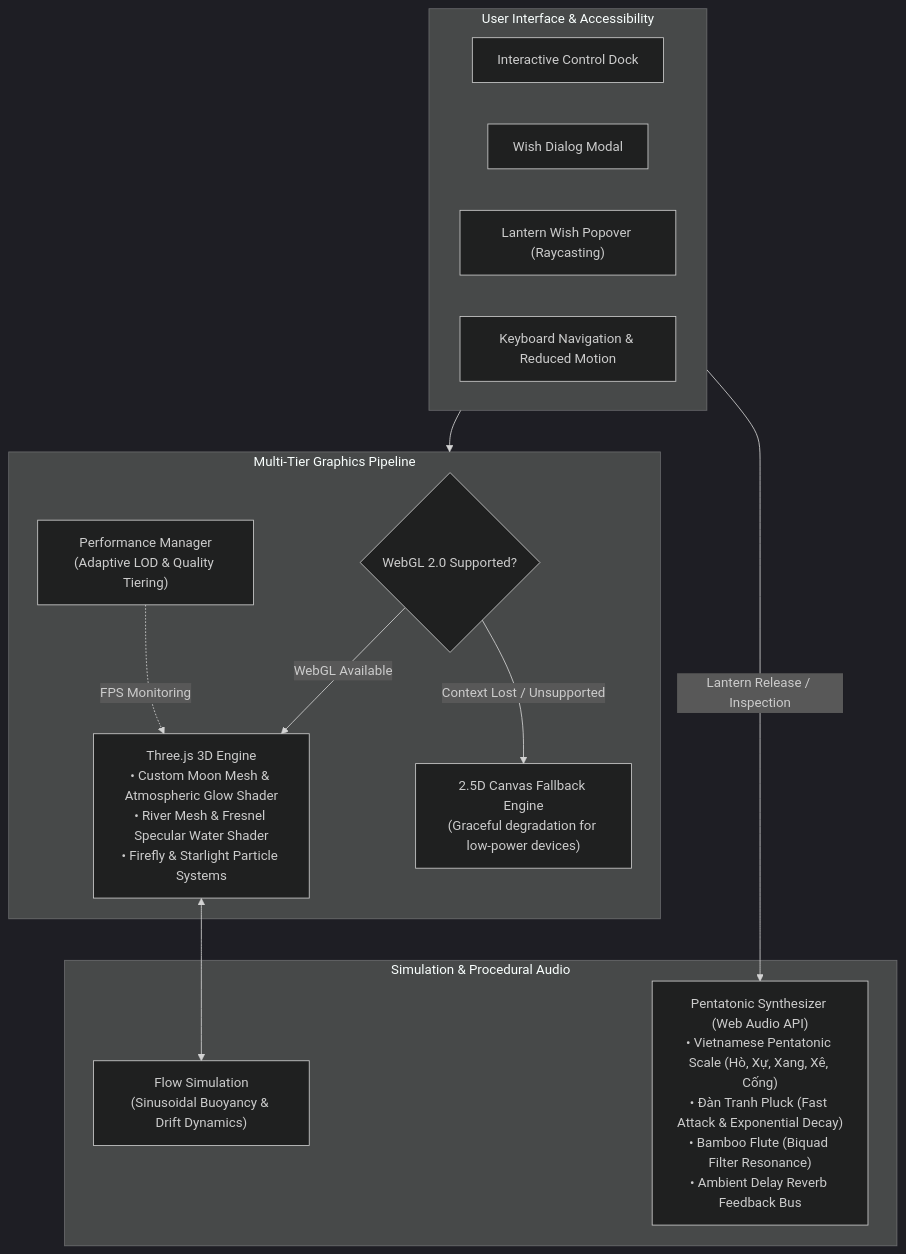
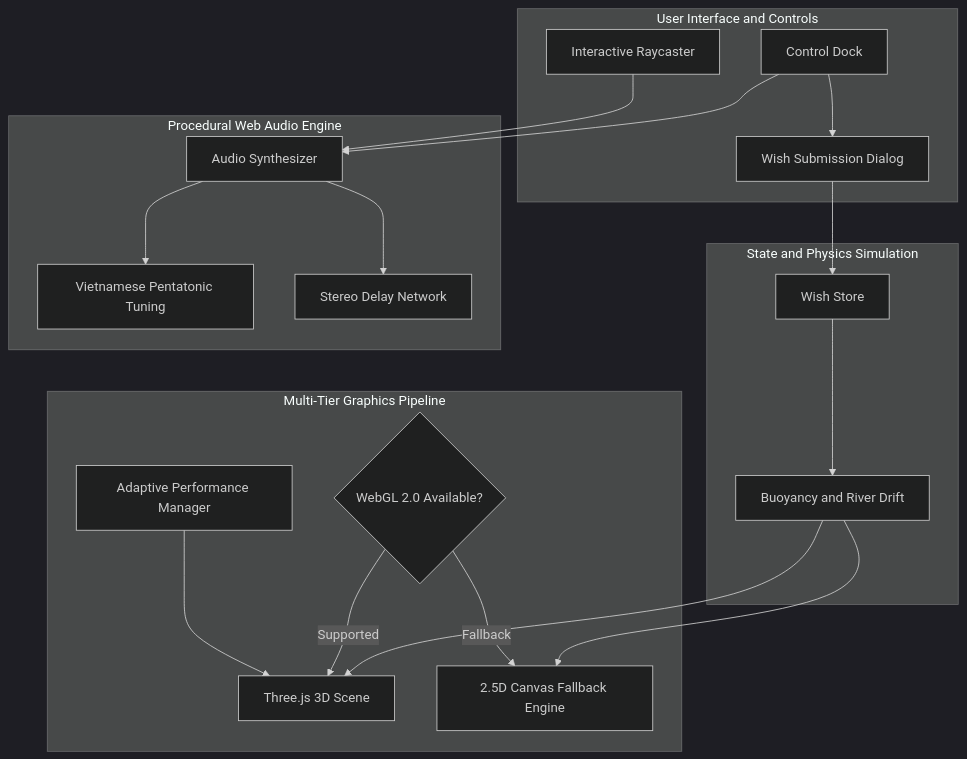
Before and after one commit to uit-25730067-chithanh/nguyet-da-dang-tieu: the diagram in README.md, drawn with Mermaid (dark theme). The commit also changed other lines of this file, not shown here.

Commit message:
docs: remove emoji headers and fix GitHub Mermaid rendering

````diff
--- a/README.md
+++ b/README.md
@@ -51,28 +51,39 @@
 ```mermaid
 flowchart TD
-    subgraph UI ["User Interface & Accessibility"]
-        Dock["Interactive Control Dock"]
-        Modal["Wish Dialog Modal"]
-        Popover["Lantern Wish Popover (Raycasting)"]
-        A11y["Keyboard Navigation & Reduced Motion"]
+    subgraph ClientUI [User Interface and Controls]
+        Dock[Control Dock]
+        WishModal[Wish Submission Dialog]
+        Raycast[Interactive Raycaster]
     end
 
-    subgraph GraphicsEngine ["Multi-Tier Graphics Pipeline"]
-        Detect{"WebGL 2.0 Supported?"}
-        ThreeScene["Three.js 3D Engine<br/>• Custom Moon Mesh & Atmospheric Glow Shader<br/>• River Mesh & Fresnel Specular Water Shader<br/>• Firefly & Starlight Particle Systems"]
-        FallbackScene["2.5D Canvas Fallback Engine<br/>(Graceful degradation for low-power devices)"]
-        Perf["Performance Manager<br/>(Adaptive LOD & Quality Tiering)"]
+    subgraph Simulation [State and Physics Simulation]
+        Store[Wish Store]
+        Flow[Buoyancy and River Drift]
     end
 
-    subgraph PhysicsAudio ["Simulation & Procedural Audio"]
-        Physics["Flow Simulation<br/>(Sinusoidal Buoyancy & Drift Dynamics)"]
-        Audio["Pentatonic Synthesizer (Web Audio API)<br/>• Vietnamese Pentatonic Scale (Hò, Xự, Xang, Xê, Cống)<br/>• Đàn Tranh Pluck (Fast Attack & Exponential Decay)<br/>• Bamboo Flute (Biquad Filter Resonance)<br/>• Ambient Delay Reverb Feedback Bus"]
+    subgraph AudioEngine [Procedural Web Audio Engine]
+        Synth[Audio Synthesizer]
+        Pentatonic[Vietnamese Pentatonic Tuning]
+        Reverb[Stereo Delay Network]
     end
 
-    UI --> GraphicsEngine
-    Detect -->|WebGL Available| ThreeScene
-    Detect -->|Context Lost / Unsupported| FallbackScene
-    ThreeScene <--> Physics
-    UI -->|Lantern Release / Inspection| Audio
-    Perf -.->|FPS Monitoring| ThreeScene
+    subgraph GraphicsPipeline [Multi-Tier Graphics Pipeline]
+        Detect{WebGL 2.0 Available?}
+        ThreeEngine[Three.js 3D Scene]
+        CanvasEngine[2.5D Canvas Fallback Engine]
+        PerfTier[Adaptive Performance Manager]
+    end
+
+    Dock --> WishModal
+    Dock --> Synth
+    Raycast --> Synth
+    WishModal --> Store
+    Store --> Flow
+    Flow --> ThreeEngine
+    Flow --> CanvasEngine
+    Detect -->|Supported| ThreeEngine
+    Detect -->|Fallback| CanvasEngine
+    PerfTier --> ThreeEngine
+    Synth --> Pentatonic
+    Synth --> Reverb
 ```
````
